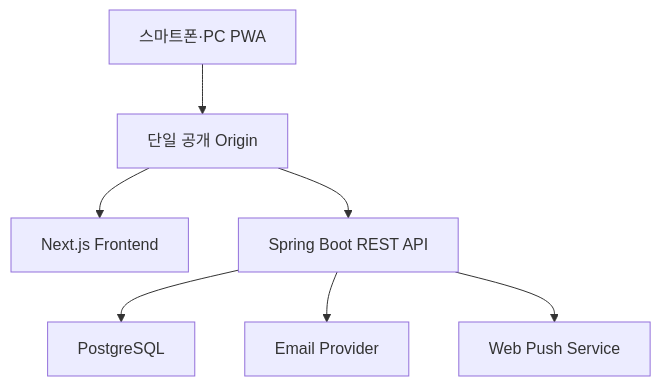
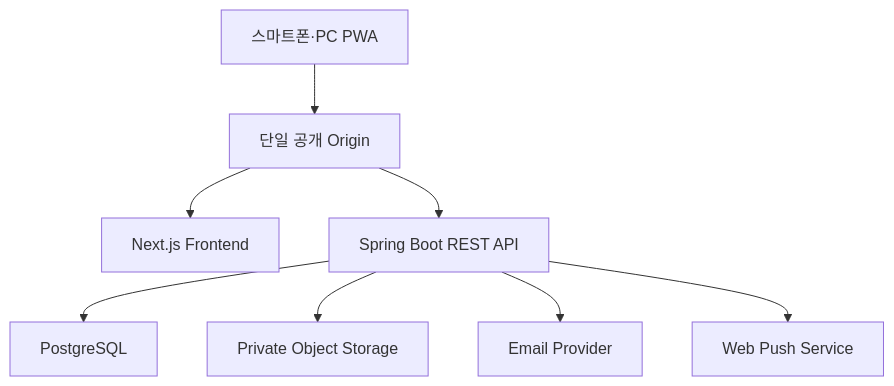
Before and after one commit to powerfulHimchan/MealBudgetDiet: the first of 3 diagrams in docs/architecture.md, drawn with Mermaid. The commit also changed other lines of this file and 3 other files, not shown here.

````diff
--- a/docs/architecture.md
+++ b/docs/architecture.md
@@ -44,9 +45,10 @@
 ```mermaid
 flowchart TD
     U["스마트폰·PC PWA"] --> E["단일 공개 Origin"]
     E --> F["Next.js Frontend"]
     E --> A["Spring Boot REST API"]
     A --> D["PostgreSQL"]
+    A --> O["Private Object Storage"]
     A --> M["Email Provider"]
     A --> P["Web Push Service"]
 ```
````
